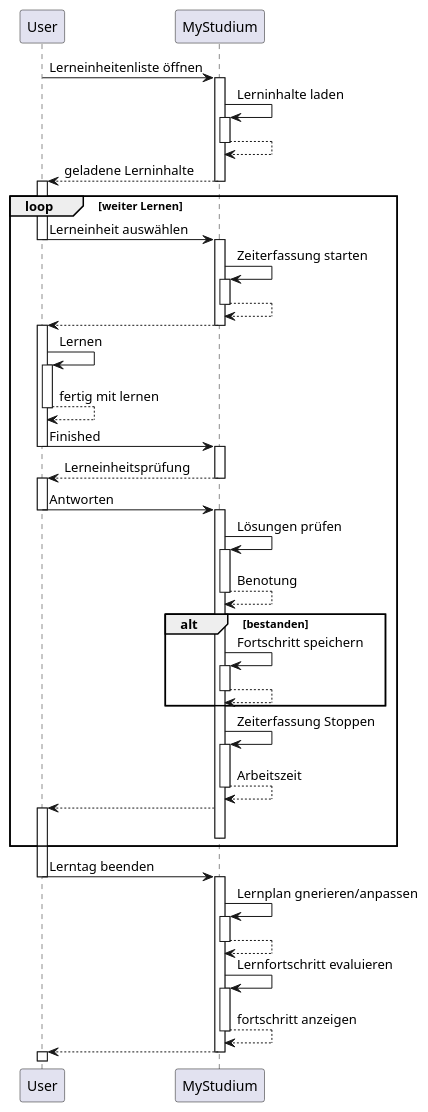
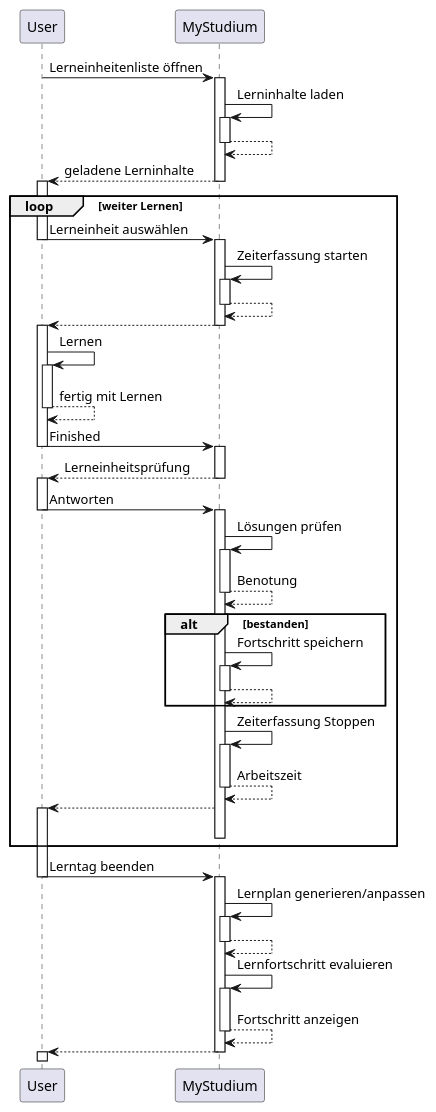
The diagram in Sequenzdiagramm_uml_ueberarbeitet.puml (BjoernMalzacher/MyStudium_SWE_Labor), drawn with PlantUML before and after one commit.

Commit message:
Rechtschreibung

```diff
--- a/Sequenzdiagramm_uml_ueberarbeitet.puml
+++ b/Sequenzdiagramm_uml_ueberarbeitet.puml
@@ -1,73 +1,73 @@
 @startuml Sequenz Lerneinheit absolvieren
 
 User-> MyStudium: Lerneinheitenliste öffnen
 activate MyStudium
 MyStudium -> MyStudium: Lerninhalte laden
 activate MyStudium
 MyStudium --> MyStudium
 deactivate MyStudium
 User <-- MyStudium : geladene Lerninhalte
 deactivate MyStudium
 activate User
 loop weiter Lernen
 User -> MyStudium: Lerneinheit auswählen
 deactivate User
 activate MyStudium
 MyStudium -> MyStudium: Zeiterfassung starten
 activate MyStudium
 MyStudium --> MyStudium:
 deactivate MyStudium
 User <-- MyStudium
 deactivate MyStudium
 activate User
 User -> User: Lernen
 activate User
-User --> User: fertig mit lernen
+User --> User: fertig mit Lernen
 deactivate User
 User -> MyStudium: Finished
 deactivate User
 activate MyStudium
 User <-- MyStudium: Lerneinheitsprüfung
 deactivate MyStudium
 activate User
 
 User -> MyStudium: Antworten
 deactivate User
 activate MyStudium
 MyStudium ->  MyStudium: Lösungen prüfen
 activate MyStudium
 MyStudium --> MyStudium: Benotung
 deactivate MyStudium
 alt bestanden
 MyStudium -> MyStudium: Fortschritt speichern
 activate MyStudium
 MyStudium --> MyStudium
 deactivate MyStudium
 
 end
 
 MyStudium -> MyStudium: Zeiterfassung Stoppen
 activate MyStudium
 MyStudium --> MyStudium: Arbeitszeit
 deactivate MyStudium
 User <-- MyStudium
 activate User
 deactivate MyStudium
 end
 User -> MyStudium: Lerntag beenden
 deactivate User
 activate MyStudium
-MyStudium -> MyStudium: Lernplan gnerieren/anpassen
+MyStudium -> MyStudium: Lernplan generieren/anpassen
 activate MyStudium
 MyStudium --> MyStudium
 deactivate MyStudium
 MyStudium -> MyStudium: Lernfortschritt evaluieren
 activate MyStudium
-MyStudium --> MyStudium: fortschritt anzeigen
+MyStudium --> MyStudium: Fortschritt anzeigen
 deactivate MyStudium
 User <-- MyStudium
 deactivate MyStudium
 activate User
 
 
 @enduml
```
